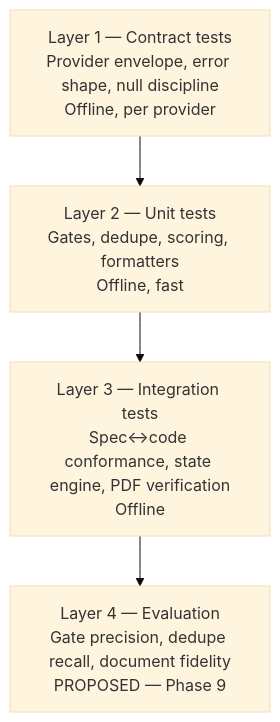
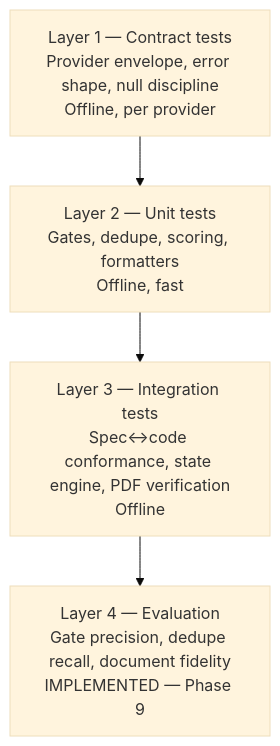
The diagram in docs/engineering/README.md (MaithreshVaddi-27/ApplyOS), drawn with Mermaid (base theme) before and after one commit. The commit also changed 27 other files, not shown here.

````diff
--- a/docs/engineering/README.md
+++ b/docs/engineering/README.md
@@ -28,8 +28,8 @@
 ```mermaid
 flowchart TB
   L1["Layer 1 — Contract tests<br/>Provider envelope, error shape, null discipline<br/>Offline, per provider"]
   L2["Layer 2 — Unit tests<br/>Gates, dedupe, scoring, formatters<br/>Offline, fast"]
   L3["Layer 3 — Integration tests<br/>Spec↔code conformance, state engine, PDF verification<br/>Offline"]
-  L4["Layer 4 — Evaluation<br/>Gate precision, dedupe recall, document fidelity<br/>PROPOSED — Phase 9"]
+  L4["Layer 4 — Evaluation<br/>Gate precision, dedupe recall, document fidelity<br/>IMPLEMENTED — Phase 9"]
   L1 --> L2 --> L3 --> L4
 ```
````
